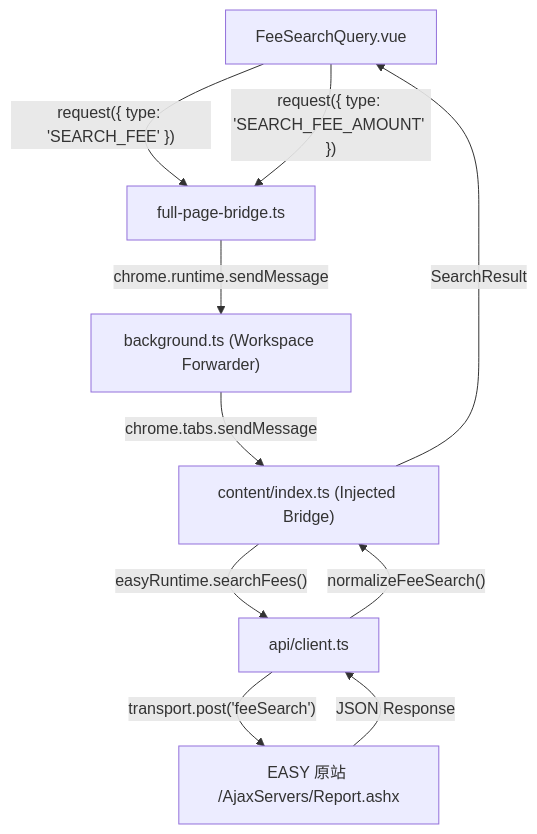
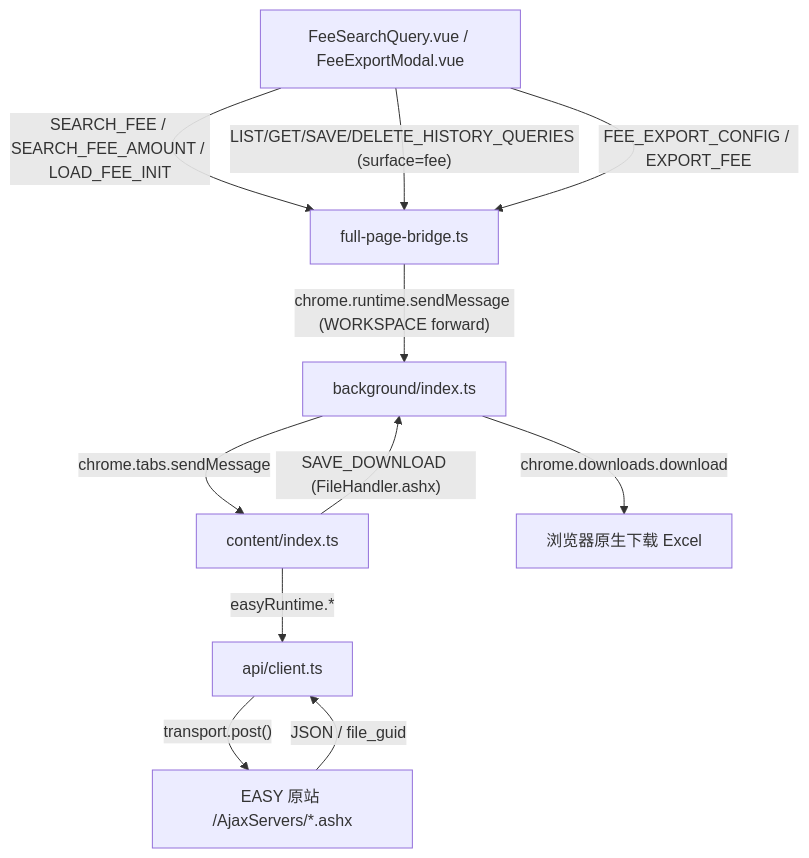
The diagram in API/44-费用查询.md (haohaizi233/patmail), drawn with Mermaid before and after one commit. The commit also changed other lines of this file and 30 other files, not shown here.

Commit message:
feat(fee): 高级导出与模板协议、查询历史接入，API 契约文档补充并同步接口计数

````diff
--- a/API/44-费用查询.md
+++ b/API/44-费用查询.md
@@ -189,12 +258,13 @@
 ```mermaid
 flowchart TD
-    UI["FeeSearchQuery.vue"] -->|"request({ type: 'SEARCH_FEE' })"| Bridge["full-page-bridge.ts"]
-    UI -->|"request({ type: 'SEARCH_FEE_AMOUNT' })"| Bridge
-    Bridge -->|"chrome.runtime.sendMessage"| BG["background.ts (Workspace Forwarder)"]
-    BG -->|"chrome.tabs.sendMessage"| CS["content/index.ts (Injected Bridge)"]
-    CS -->|"easyRuntime.searchFees()"| Client["api/client.ts"]
-    Client -->|"transport.post('feeSearch')"| EASY["EASY 原站 /AjaxServers/Report.ashx"]
-    EASY -->|JSON Response| Client
-    Client -->|"normalizeFeeSearch()"| CS
-    CS -->|SearchResult| UI
+    UI["FeeSearchQuery.vue / FeeExportModal.vue"] -->|"SEARCH_FEE / SEARCH_FEE_AMOUNT / LOAD_FEE_INIT"| Bridge["full-page-bridge.ts"]
+    UI -->|"LIST/GET/SAVE/DELETE_HISTORY_QUERIES (surface=fee)"| Bridge
+    UI -->|"FEE_EXPORT_CONFIG / EXPORT_FEE"| Bridge
+    Bridge -->|"chrome.runtime.sendMessage (WORKSPACE forward)"| BG["background/index.ts"]
+    BG -->|"chrome.tabs.sendMessage"| CS["content/index.ts"]
+    CS -->|"easyRuntime.*"| Client["api/client.ts"]
+    Client -->|"transport.post()"| EASY["EASY 原站 /AjaxServers/*.ashx"]
+    EASY -->|JSON / file_guid| Client
+    CS -->|"SAVE_DOWNLOAD (FileHandler.ashx)"| BG
+    BG -->|"chrome.downloads.download"| DL["浏览器原生下载 Excel"]
 ```
````
